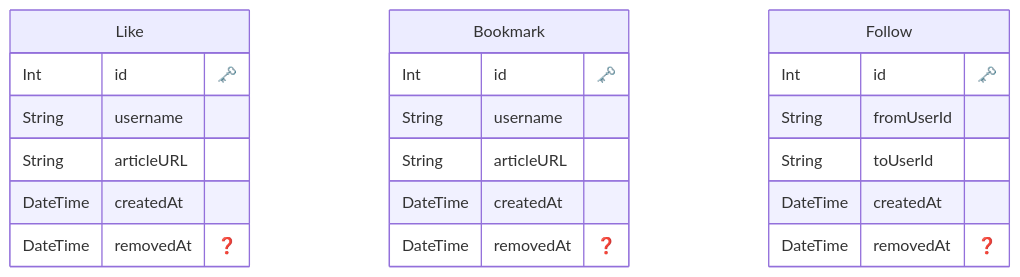
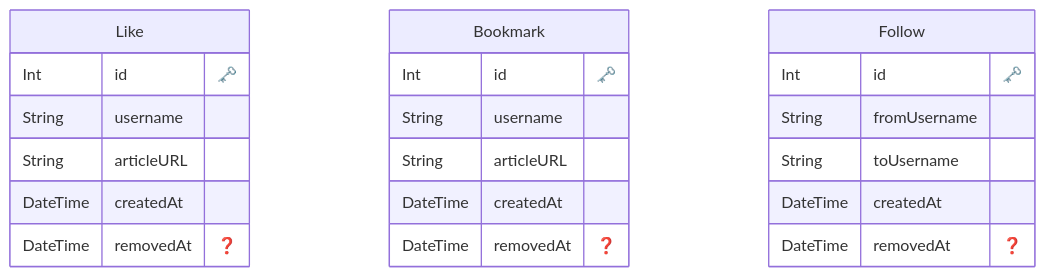
One commit to illionillion/tech-museum changed the diagram in prisma/ERD.md. Above: the diagram before and after it, drawn with Mermaid. The commit also changed 2 other files, not shown here.

Commit message:
fix: usernameに変更

````diff
--- a/prisma/ERD.md
+++ b/prisma/ERD.md
@@ -1,30 +1,30 @@
 ```mermaid
 erDiagram
 
   "Like" {
     Int id "🗝️"
     String username
     String articleURL
     DateTime createdAt
     DateTime removedAt "❓"
     }
 
 
   "Bookmark" {
     Int id "🗝️"
     String username
     String articleURL
     DateTime createdAt
     DateTime removedAt "❓"
     }
 
 
   "Follow" {
     Int id "🗝️"
-    String fromUserId
-    String toUserId
+    String fromUsername
+    String toUsername
     DateTime createdAt
     DateTime removedAt "❓"
     }
 
 ```
````
